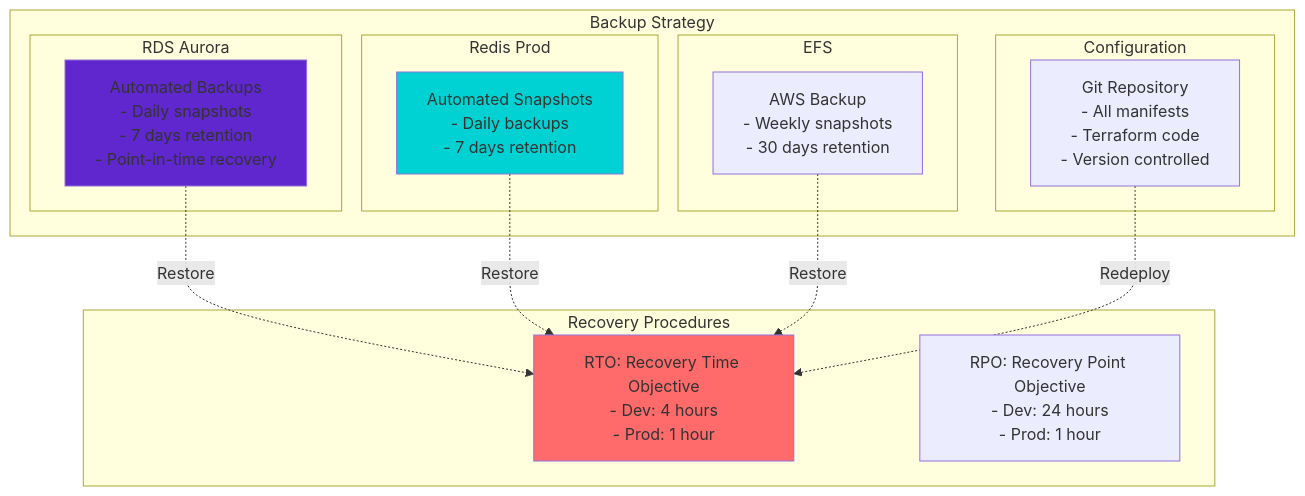
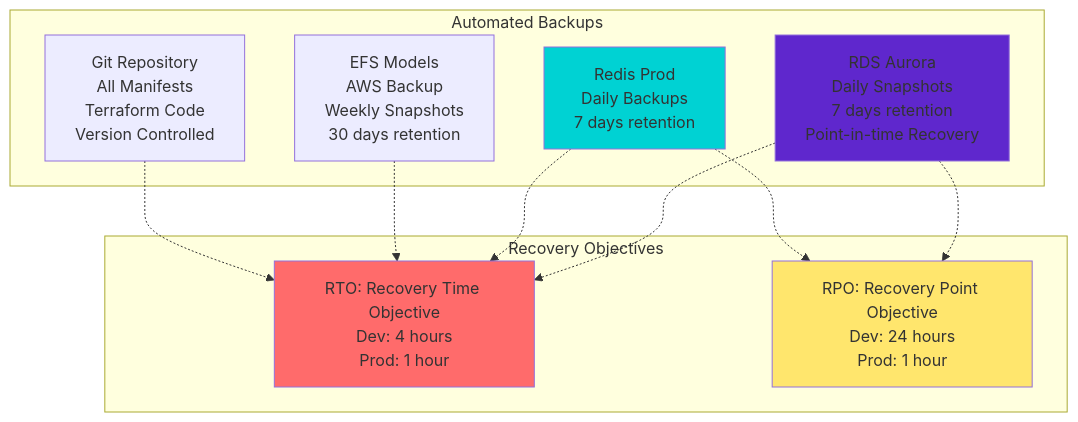
Diagram 15 of 15 in docs/final-architecture/01-aws-architecture-diagram.md (Pinksea-AI/InvokeAI), drawn with Mermaid before and after one commit. The commit also changed other lines of this file, not shown here.

First line of the commit message:
fix: Simplify Mermaid diagrams in AWS architecture document

````diff
--- a/docs/final-architecture/01-aws-architecture-diagram.md
+++ b/docs/final-architecture/01-aws-architecture-diagram.md
@@ -1088,35 +946,31 @@
 ```mermaid
 graph TB
-    subgraph "Backup Strategy"
-        subgraph "RDS Aurora"
-            RDSBackup[Automated Backups<br/>- Daily snapshots<br/>- 7 days retention<br/>- Point-in-time recovery]
-        end
+    subgraph Backups[Automated Backups]
+        RDSBackup[RDS Aurora<br/>Daily Snapshots<br/>7 days retention<br/>Point-in-time Recovery]
 
-        subgraph "Redis Prod"
-            RedisBackup[Automated Snapshots<br/>- Daily backups<br/>- 7 days retention]
-        end
+        RedisBackup[Redis Prod<br/>Daily Backups<br/>7 days retention]
 
-        subgraph "EFS"
-            EFSBackup[AWS Backup<br/>- Weekly snapshots<br/>- 30 days retention]
-        end
+        EFSBackup[EFS Models<br/>AWS Backup<br/>Weekly Snapshots<br/>30 days retention]
 
-        subgraph "Configuration"
-            GitBackup[Git Repository<br/>- All manifests<br/>- Terraform code<br/>- Version controlled]
-        end
+        ConfigBackup[Git Repository<br/>All Manifests<br/>Terraform Code<br/>Version Controlled]
     end
 
-    subgraph "Recovery Procedures"
-        RTO[RTO: Recovery Time Objective<br/>- Dev: 4 hours<br/>- Prod: 1 hour]
+    subgraph Recovery[Recovery Objectives]
+        RTO[RTO: Recovery Time Objective<br/>Dev: 4 hours<br/>Prod: 1 hour]
 
-        RPO[RPO: Recovery Point Objective<br/>- Dev: 24 hours<br/>- Prod: 1 hour]
+        RPO[RPO: Recovery Point Objective<br/>Dev: 24 hours<br/>Prod: 1 hour]
     end
 
-    RDSBackup -.->|Restore| RTO
-    RedisBackup -.->|Restore| RTO
-    EFSBackup -.->|Restore| RTO
-    GitBackup -.->|Redeploy| RTO
+    RDSBackup -.-> RTO
+    RedisBackup -.-> RTO
+    EFSBackup -.-> RTO
+    ConfigBackup -.-> RTO
+
+    RDSBackup -.-> RPO
+    RedisBackup -.-> RPO
 
     style RDSBackup fill:#5F27CD
     style RedisBackup fill:#00D2D3
     style RTO fill:#FF6B6B
+    style RPO fill:#FFE66D
 ```
````
